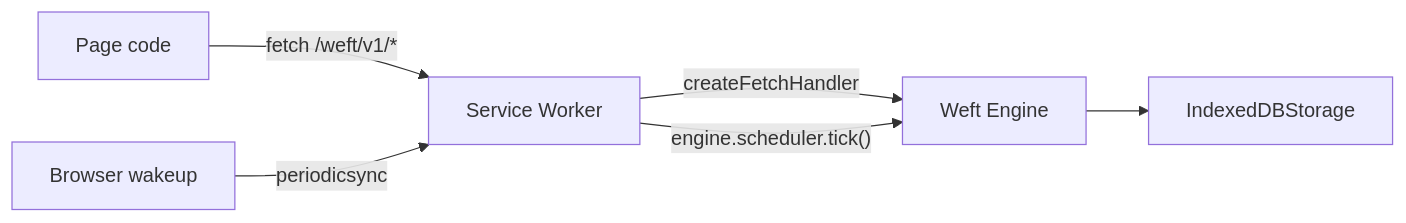
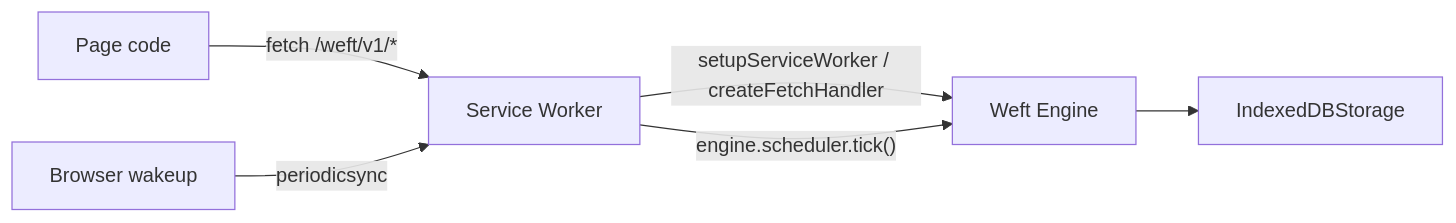
One commit to goldcaddy77/weft changed the diagram in documentation/guides/service-worker.md. Above: the diagram before and after it, drawn with Mermaid. The commit also changed other lines of this file and 11 other files, not shown here.

First line of the commit message:
docs: catch up storage, service worker, server API, and TS-only workflows

````diff
--- a/documentation/guides/service-worker.md
+++ b/documentation/guides/service-worker.md
@@ -11,8 +11,8 @@
 ```mermaid
 flowchart LR
   Page["Page code"] -->|"fetch /weft/v1/*"| Worker["Service Worker"]
-  Worker -->|"createFetchHandler"| Engine["Weft Engine"]
+  Worker -->|"setupServiceWorker / createFetchHandler"| Engine["Weft Engine"]
   Engine --> Storage["IndexedDBStorage"]
   Browser["Browser wakeup"] -->|"periodicsync"| Worker
   Worker -->|"engine.scheduler.tick()"| Engine
 ```
````
